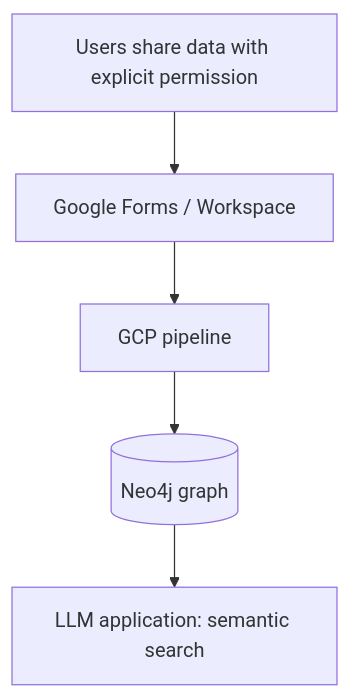
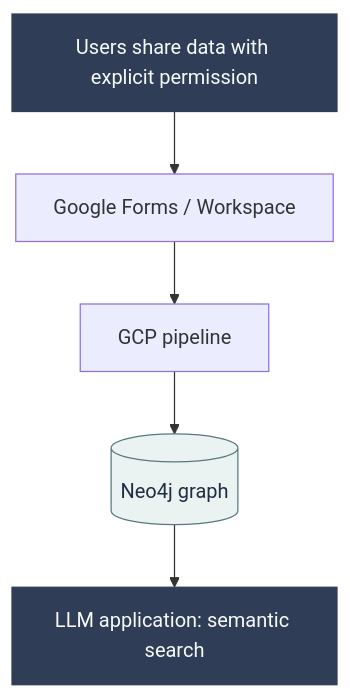
The diagram in _research/neo4j-semantic-search.md (sadrjahani/sadrjahani.github.io), drawn with Mermaid before and after one commit. The commit also changed other lines of this file and 93 other files, not shown here.

````diff
--- a/_research/neo4j-semantic-search.md
+++ b/_research/neo4j-semantic-search.md
@@ -27,7 +27,12 @@
 ```mermaid
 flowchart TB
     A[Users share data with explicit permission] --> B[Google Forms / Workspace]
     B --> C[GCP pipeline]
     C --> D[(Neo4j graph)]
     D --> E[LLM application: semantic search]
+    classDef io fill:#2F3E56,stroke:#2F3E56,color:#F8FAFB
+    classDef store fill:#EAF3F2,stroke:#587880,color:#1F2D40
+    classDef tool fill:#F8FAFB,stroke:#44688F,color:#1F2D40
+    class A,E io
+    class D store
 ```
````
